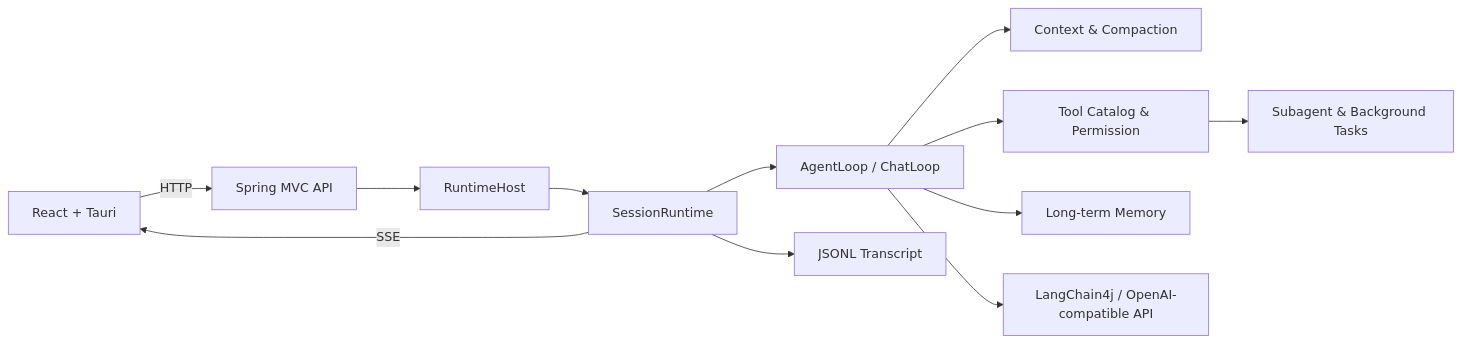
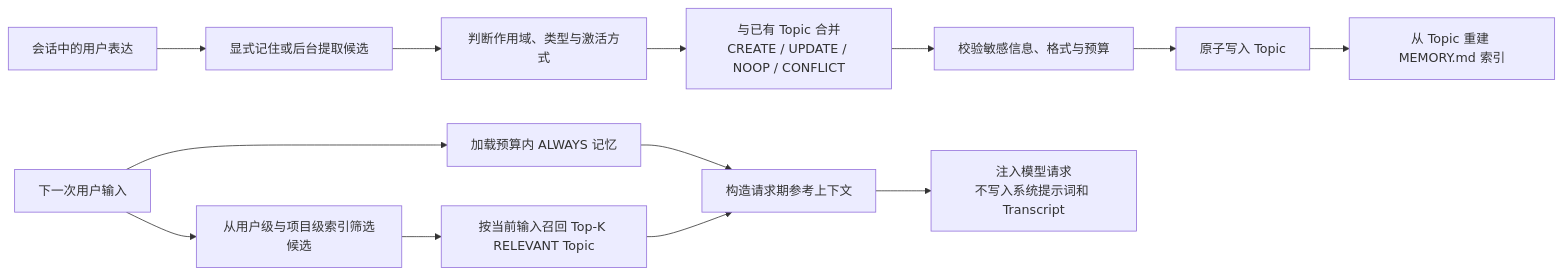
One commit to codingayice/my-claude-code changed the third of 4 diagrams in README.md. Above: the diagram before and after it, drawn with Mermaid. The commit also changed other lines of this file, not shown here.

````diff
--- a/README.md
+++ b/README.md
@@ -45,14 +103,16 @@
 ```mermaid
 flowchart LR
-    UI["React + Tauri"] -->|HTTP| Control["Spring MVC API"]
-    Control --> Host["RuntimeHost"]
-    Host --> Session["SessionRuntime"]
-    Session --> Agent["AgentLoop / ChatLoop"]
-    Agent --> Context["Context & Compaction"]
-    Agent --> Tools["Tool Catalog & Permission"]
-    Agent --> Memory["Long-term Memory"]
-    Agent --> LLM["LangChain4j / OpenAI-compatible API"]
-    Tools --> Subagent["Subagent & Background Tasks"]
-    Session --> Store["JSONL Transcript"]
-    Session -->|SSE| UI
+    Turn["会话中的用户表达"] --> Candidate["显式记住或后台提取候选"]
+    Candidate --> Classify["判断作用域、类型与激活方式"]
+    Classify --> Consolidate["与已有 Topic 合并\nCREATE / UPDATE / NOOP / CONFLICT"]
+    Consolidate --> Validate["校验敏感信息、格式与预算"]
+    Validate --> Store["原子写入 Topic"]
+    Store --> Index["从 Topic 重建 MEMORY.md 索引"]
+
+    Query["下一次用户输入"] --> Always["加载预算内 ALWAYS 记忆"]
+    Query --> CandidateIndex["从用户级与项目级索引筛选候选"]
+    CandidateIndex --> Recall["按当前输入召回 Top-K RELEVANT Topic"]
+    Always --> Context["构造请求期参考上下文"]
+    Recall --> Context
+    Context --> Model["注入模型请求\n不写入系统提示词和 Transcript"]
 ```
````
